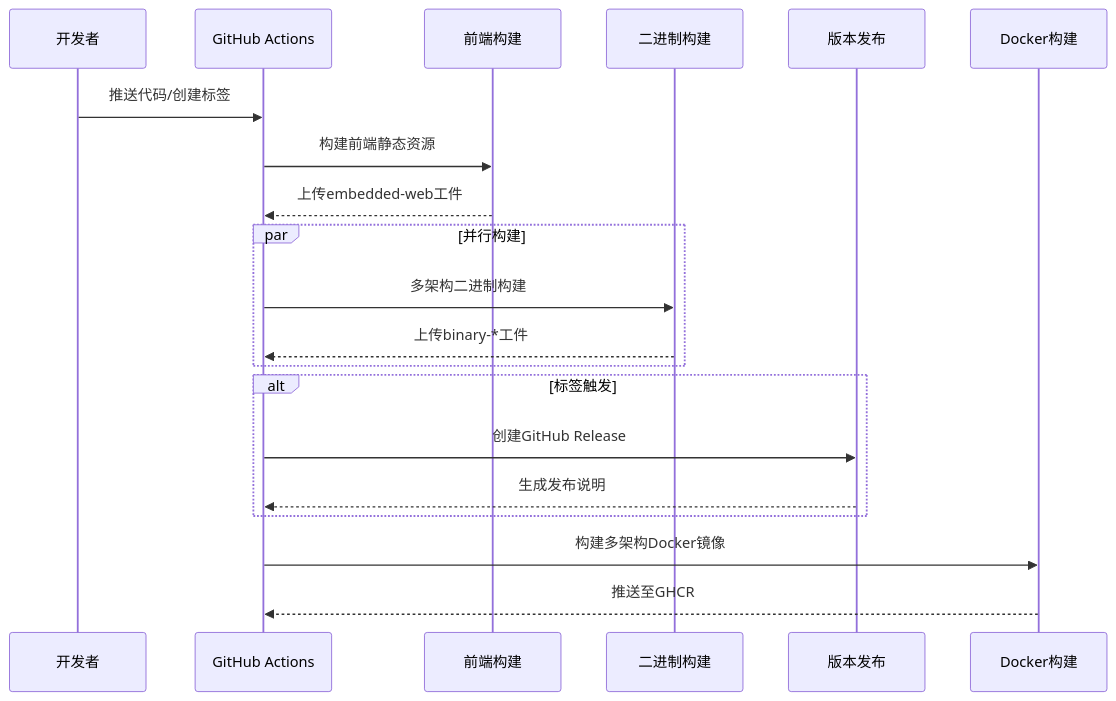
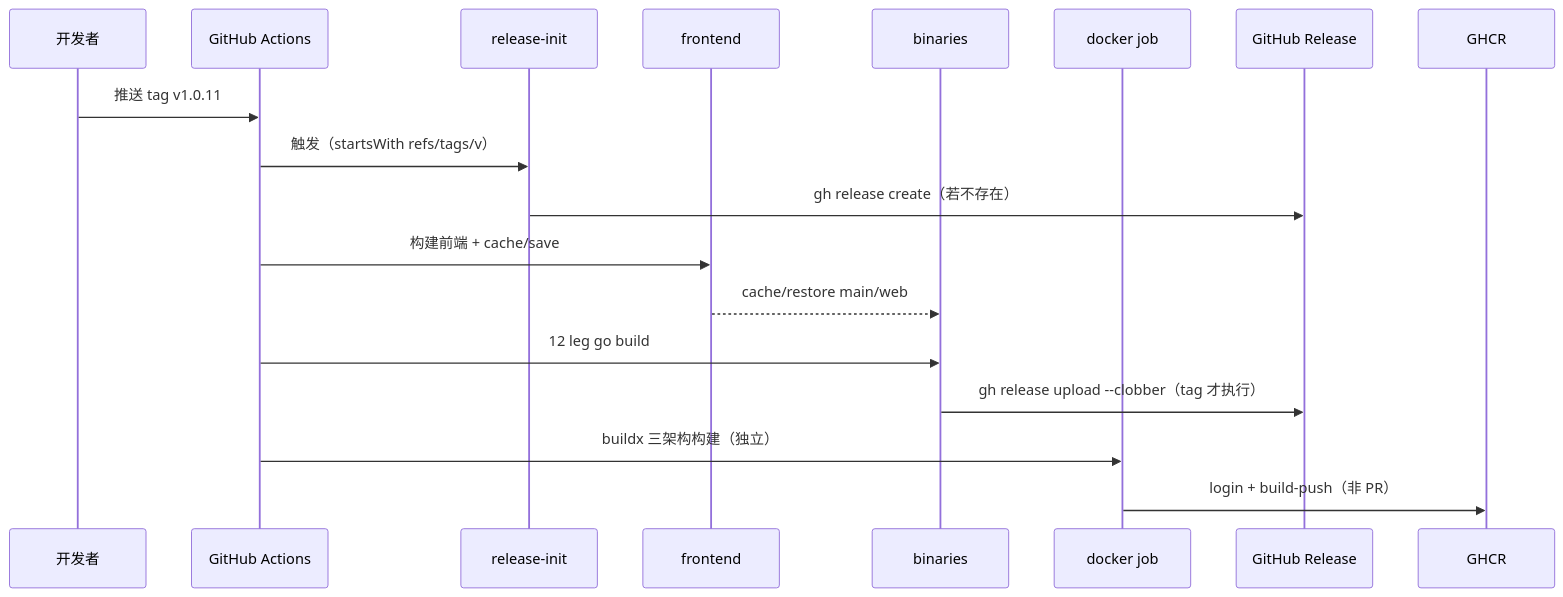
Before and after one commit to x01n/dnsplane: the second of 4 diagrams in docs/部署运维/CI_CD流水线配置.md, drawn with Mermaid. The commit also changed other lines of this file and 326 other files, not shown here.

````diff
--- a/docs/部署运维/CI_CD流水线配置.md
+++ b/docs/部署运维/CI_CD流水线配置.md
@@ -159,22 +111,20 @@
 ```mermaid
 sequenceDiagram
-participant Dev as 开发者
-participant GitHub as GitHub Actions
-participant Frontend as 前端构建
-participant Binaries as 二进制构建
-participant Release as 版本发布
-participant Docker as Docker构建
-Dev->>GitHub : 推送代码/创建标签
-GitHub->>Frontend : 构建前端静态资源
-Frontend-->>GitHub : 上传embedded-web工件
-par 并行构建
-GitHub->>Binaries : 多架构二进制构建
-Binaries-->>GitHub : 上传binary-*工件
-end
-alt 标签触发
-GitHub->>Release : 创建GitHub Release
-Release-->>GitHub : 生成发布说明
-end
-GitHub->>Docker : 构建多架构Docker镜像
-Docker-->>GitHub : 推送至GHCR
+  participant GIT as 开发者
+  participant GH as GitHub Actions
+  participant RI as release-init
+  participant FE as frontend
+  participant BIN as binaries
+  participant DK as docker job
+  participant REL as GitHub Release
+  participant GHCR as GHCR
+  GIT->>GH: 推送 tag v1.0.11
+  GH->>RI: 触发（startsWith refs/tags/v）
+  RI->>REL: gh release create（若不存在）
+  GH->>FE: 构建前端 + cache/save
+  FE-->>BIN: cache/restore main/web
+  GH->>BIN: 12 leg go build
+  BIN->>REL: gh release upload --clobber（tag 才执行）
+  GH->>DK: buildx 三架构构建（独立）
+  DK->>GHCR: login + build-push（非 PR）
 ```
````
